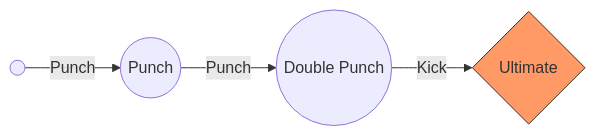
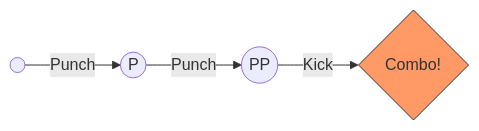
The third of 4 diagrams in Documentation~/Modules/InputSystem.md (eraflo/Catalyst), drawn with Mermaid before and after one commit. The commit also changed other lines of this file, not shown here.

````diff
--- a/Documentation~/Modules/InputSystem.md
+++ b/Documentation~/Modules/InputSystem.md
@@ -74,8 +174,8 @@
 ```mermaid
 graph LR
-    Root(( )) --> |Punch| N1((Punch))
-    N1 --> |Punch| N2((Double Punch))
-    N2 --> |Kick| N3{Ultimate}
+    Root(( )) --> |Punch| N1((P))
+    N1 --> |Punch| N2((PP))
+    N2 --> |Kick| N3{Combo!}
     
     style N3 fill:#f96,stroke:#333
 ```
````
